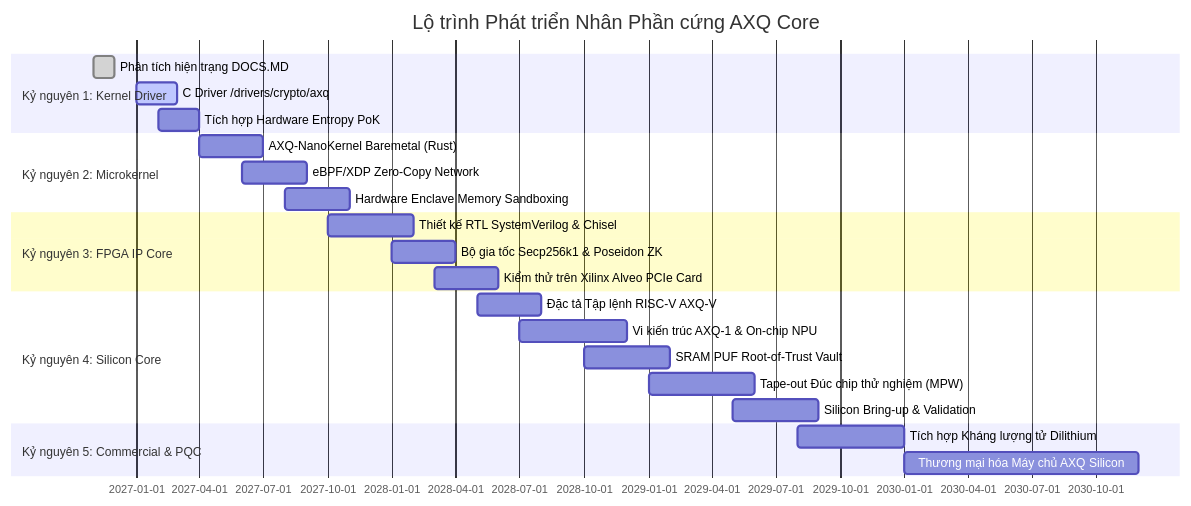
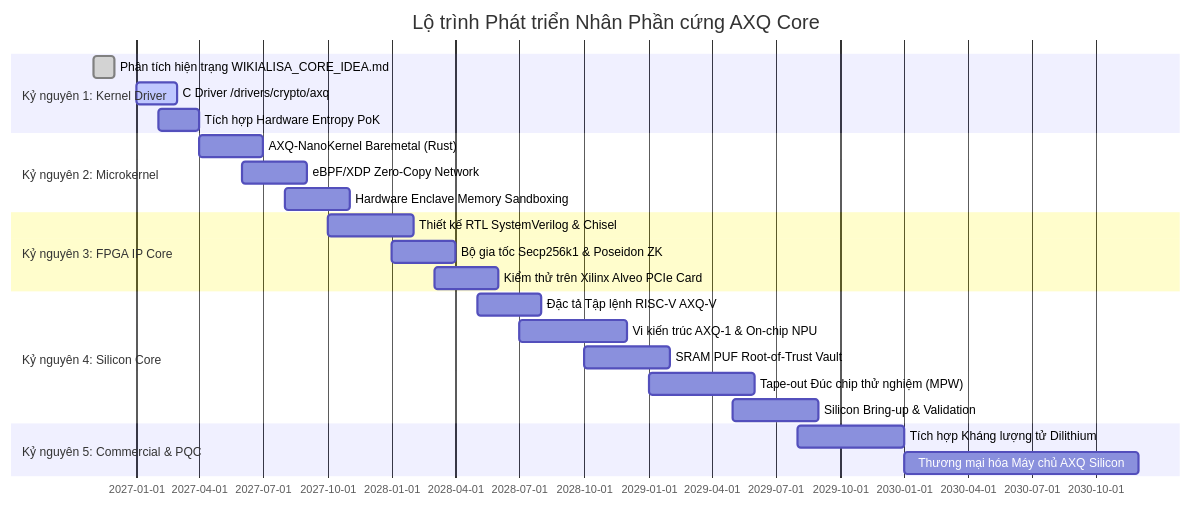
Before and after one commit to wikialisa/wikialisa: the diagram in docs/06-execution-roadmap/01-master-chronological-roadmap.md, drawn with Mermaid. The commit also changed 24 other files, not shown here.

Commit message:
feat: add AXQ CLI subsystem, documentation, and tooling for Wikialisa core OS

````diff
--- a/docs/06-execution-roadmap/01-master-chronological-roadmap.md
+++ b/docs/06-execution-roadmap/01-master-chronological-roadmap.md
@@ -8,26 +8,26 @@
 ```mermaid
 gantt
     title Lộ trình Phát triển Nhân Phần cứng AXQ Core
     dateFormat  YYYY-MM
     section Kỷ nguyên 1: Kernel Driver
-    Phân tích hiện trạng DOCS.MD           :done, 2026-11, 2026-12
+    Phân tích hiện trạng WIKIALISA_CORE_IDEA.md           :done, 2026-11, 2026-12
     C Driver /drivers/crypto/axq           :active, 2027-01, 2027-03
     Tích hợp Hardware Entropy PoK          :2027-02, 2027-04
     section Kỷ nguyên 2: Microkernel
     AXQ-NanoKernel Baremetal (Rust)        :2027-04, 2027-07
     eBPF/XDP Zero-Copy Network             :2027-06, 2027-09
     Hardware Enclave Memory Sandboxing     :2027-08, 2027-11
     section Kỷ nguyên 3: FPGA IP Core
     Thiết kế RTL SystemVerilog & Chisel    :2027-10, 2028-02
     Bộ gia tốc Secp256k1 & Poseidon ZK     :2028-01, 2028-04
     Kiểm thử trên Xilinx Alveo PCIe Card   :2028-03, 2028-06
     section Kỷ nguyên 4: Silicon Core
     Đặc tả Tập lệnh RISC-V AXQ-V           :2028-05, 2028-08
     Vi kiến trúc AXQ-1 & On-chip NPU       :2028-07, 2028-12
     SRAM PUF Root-of-Trust Vault           :2028-10, 2029-02
     Tape-out Đúc chip thử nghiệm (MPW)     :2029-01, 2029-06
     Silicon Bring-up & Validation          :2029-05, 2029-09
     section Kỷ nguyên 5: Commercial & PQC
     Tích hợp Kháng lượng tử Dilithium      :2029-08, 2030-01
     Thương mại hóa Máy chủ AXQ Silicon     :2030-01, 2030-12
 ```
````
